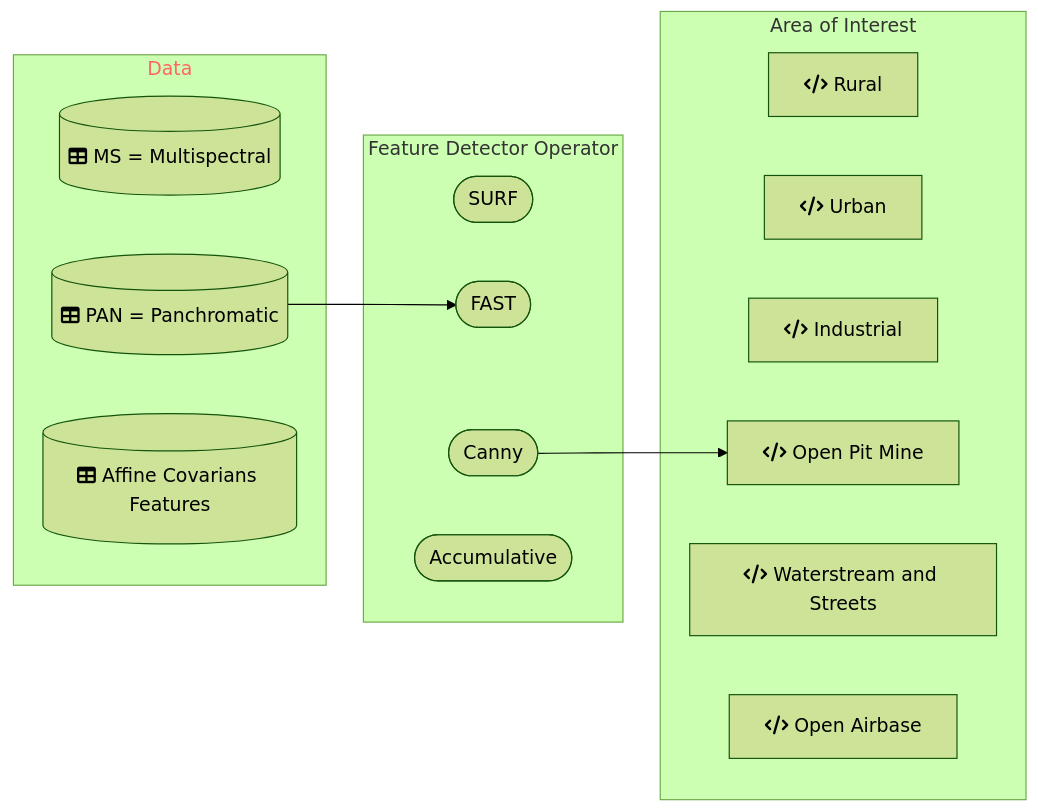
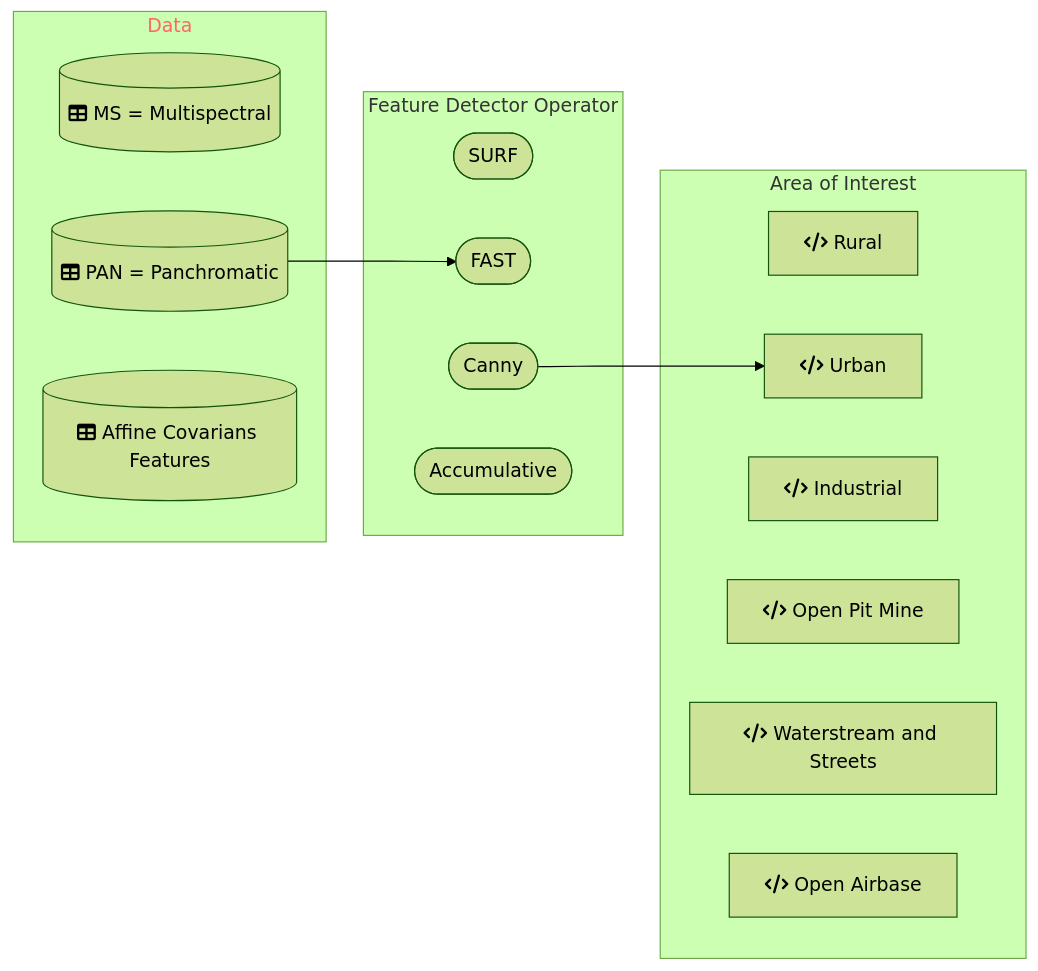
One commit to DippoldEJ/Feature-Detection-and-Explanation changed the diagram in Application/README.md. Above: the diagram before and after it, drawn with Mermaid (forest theme).

````diff
--- a/Application/README.md
+++ b/Application/README.md
@@ -13,31 +13,31 @@
 ```mermaid
 flowchart LR;
 
  subgraph n[Data]
         g[(fa:fa-table MS = Multispectral)]
         h[(fa:fa-table PAN = Panchromatic)]
         i[(fa:fa-table Affine Covarians Features)]
     end
 
  subgraph o[Feature Detector Operator]
         j([SURF])
         k([FAST])
         l([Canny])
         m([Accumulative])
     end
 
 subgraph p[Area of Interest]
     a[fa:fa-code Rural]
     b[fa:fa-code Urban]
     c[fa:fa-code Industrial]
     d[fa:fa-code Open Pit Mine]
     e[fa:fa-code Waterstream and Streets]
     f[fa:fa-code Open Airbase]
     end
 
 style n color:#f66
 
 h-->k
-l-->d
+l-->b
 
 ```
````
